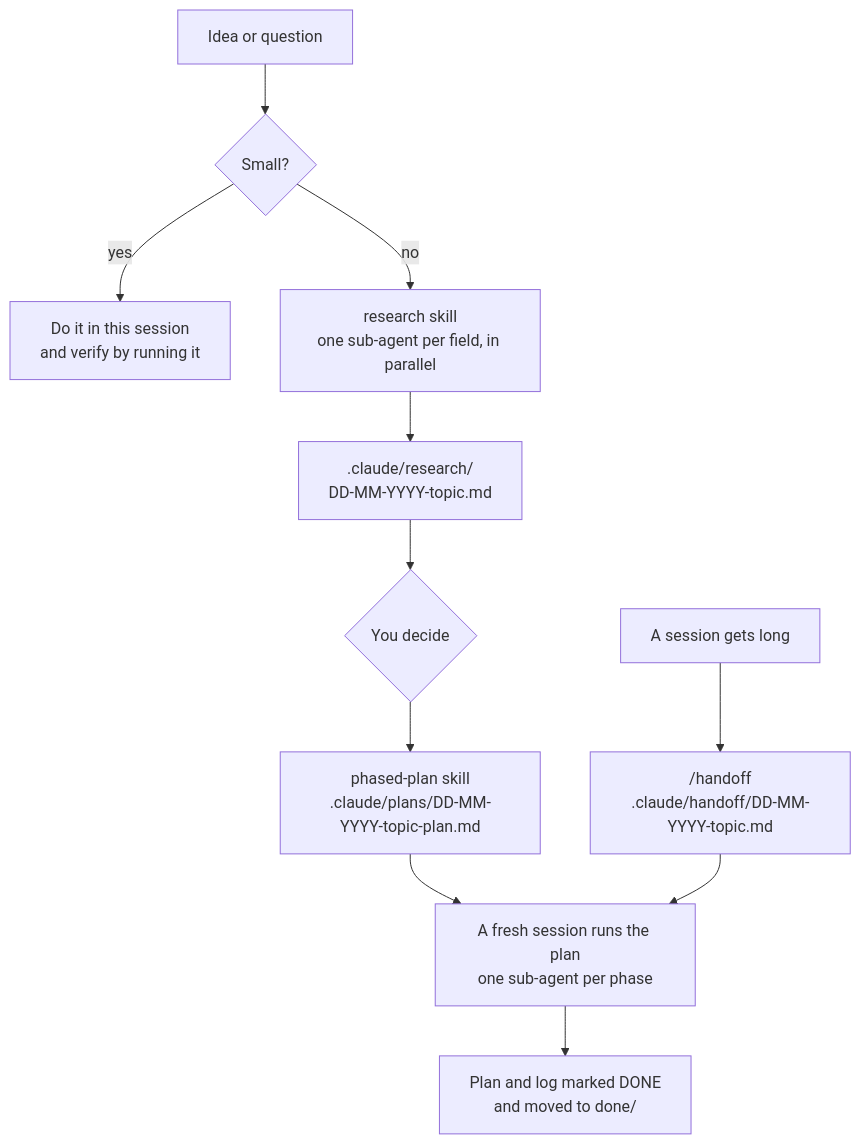
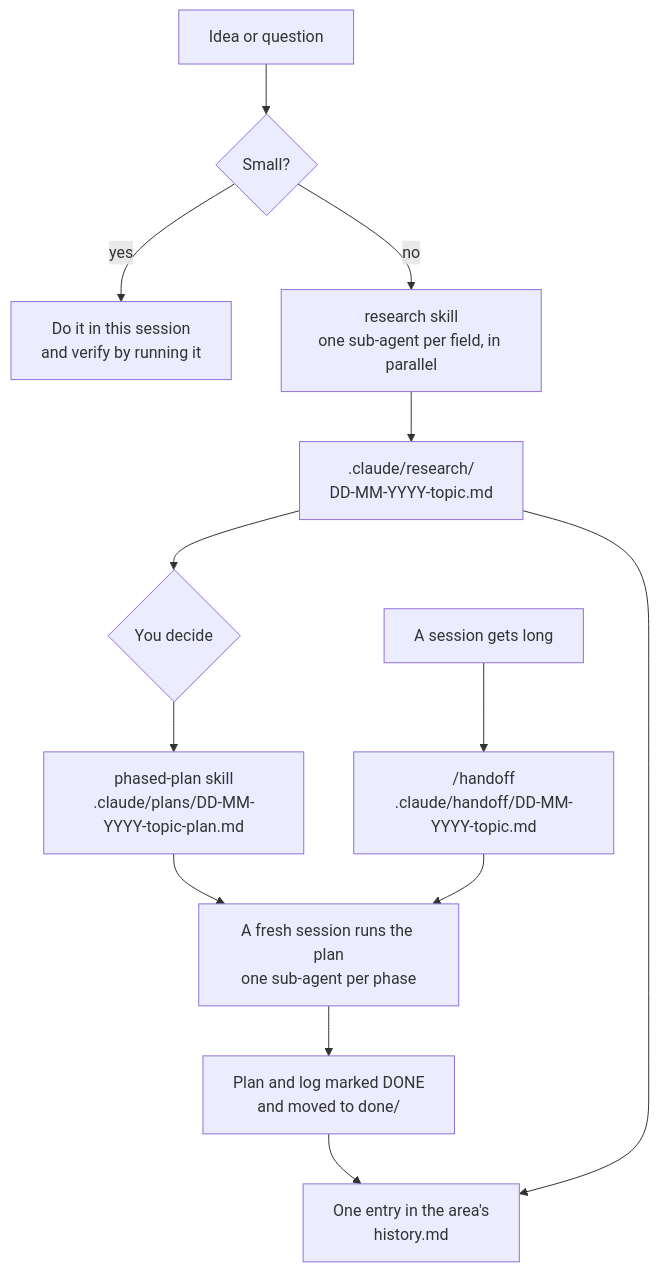
The second of 6 diagrams in README.md (enmeshia/claude-code-kit), drawn with Mermaid before and after one commit. The commit also changed other lines of this file and 13 other files, not shown here.

````diff
--- a/README.md
+++ b/README.md
@@ -106,13 +111,15 @@
 ```mermaid
 flowchart TD
   idea["Idea or question"] --> size{"Small?"}
   size -- yes --> direct["Do it in this session<br/>and verify by running it"]
   size -- no --> research["research skill<br/>one sub-agent per field, in parallel"]
   research --> rdoc[".claude/research/<br/>DD-MM-YYYY-topic.md"]
   rdoc --> decide{"You decide"}
   decide --> plan["phased-plan skill<br/>.claude/plans/DD-MM-YYYY-topic-plan.md"]
   plan --> fresh["A fresh session runs the plan<br/>one sub-agent per phase"]
   fresh --> done["Plan and log marked DONE<br/>and moved to done/"]
+  done --> hist["One entry in the area's<br/>history.md"]
+  rdoc --> hist
   long["A session gets long"] --> handoff["/handoff<br/>.claude/handoff/DD-MM-YYYY-topic.md"]
   handoff --> fresh
 ```
````
